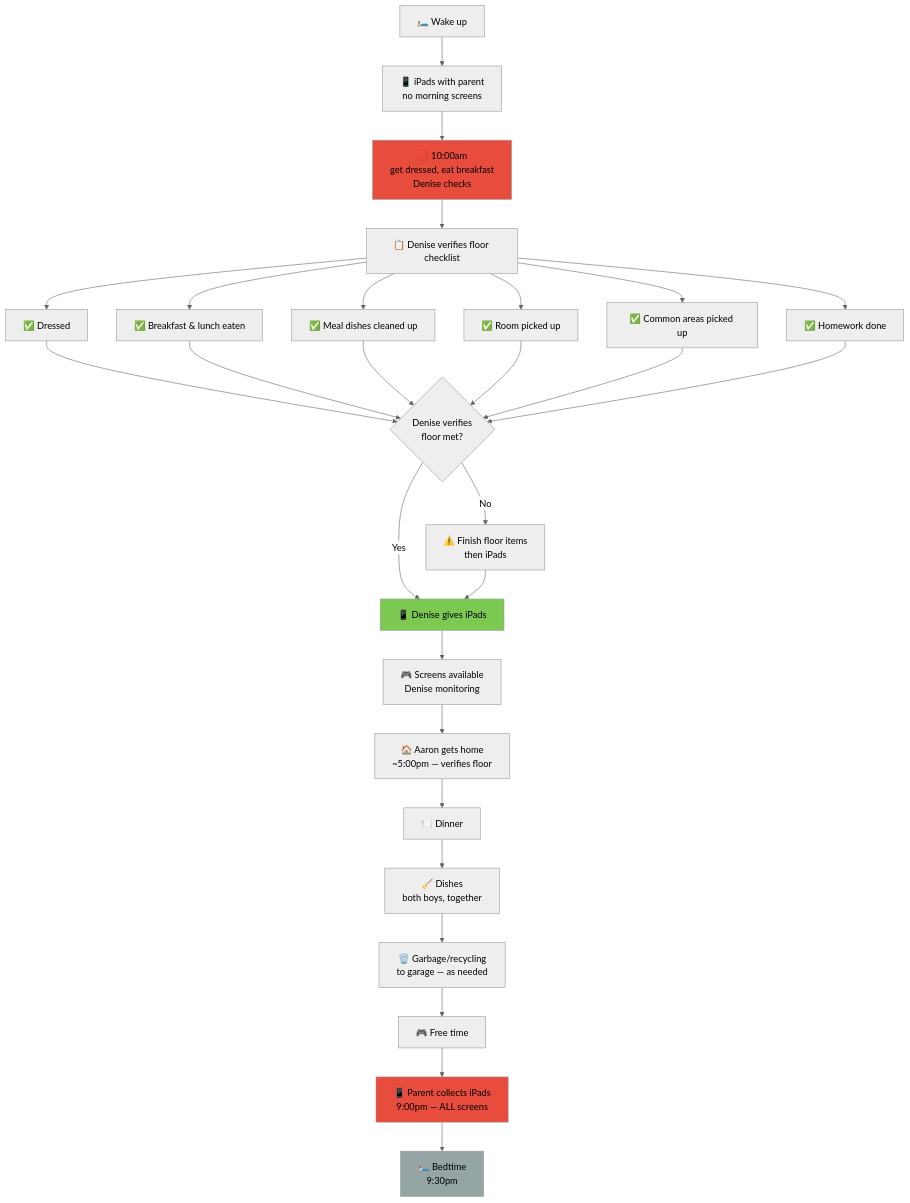
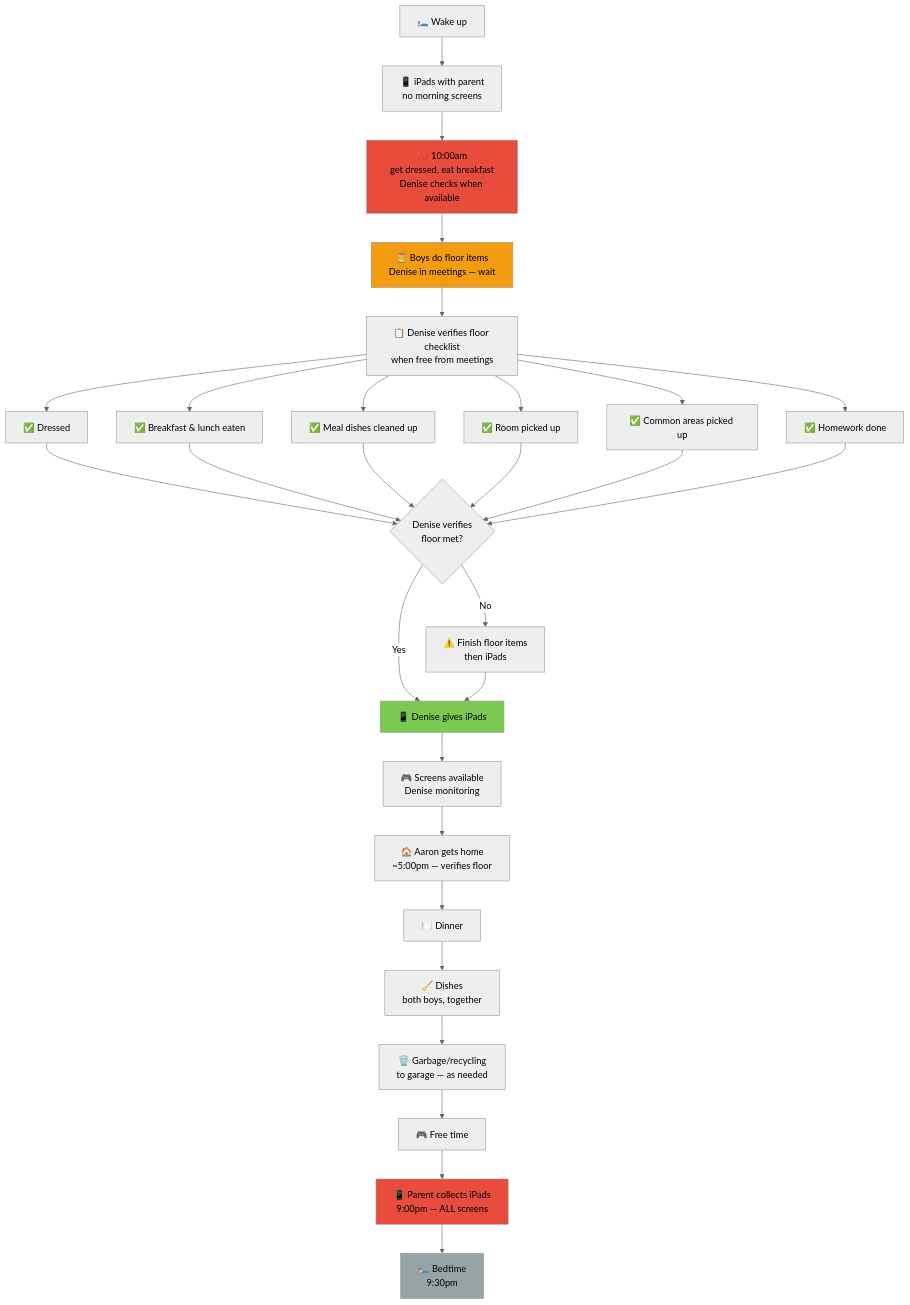
One commit to ajass/technology-reset changed the first of 2 diagrams in day-types/05-weekday-off.md. Above: the diagram before and after it, drawn with Mermaid (neutral theme). The commit also changed other lines of this file and 4 other files, not shown here.

First line of the commit message:
Phase 1 floor check happens when parent is available, not on demand

````diff
--- a/day-types/05-weekday-off.md
+++ b/day-types/05-weekday-off.md
@@ -17,34 +17,36 @@
 ```mermaid
 flowchart TD
     A["🛏️ Wake up"] --> IP["📱 iPads with parent<br/>no morning screens"]
-    IP --> C["🚫 10:00am<br/>get dressed, eat breakfast<br/>Denise checks"]
-    C --> D["📋 Denise verifies floor checklist"]
+    IP --> C["🚫 10:00am<br/>get dressed, eat breakfast<br/>Denise checks when available"]
+    C --> W["⏳ Boys do floor items<br/>Denise in meetings — wait"]
+    W --> D["📋 Denise verifies floor checklist<br/>when free from meetings"]
     D --> D1["✅ Dressed"]
     D --> D2["✅ Breakfast & lunch eaten"]
     D --> D3["✅ Meal dishes cleaned up"]
     D --> D4["✅ Room picked up"]
     D --> D5["✅ Common areas picked up"]
     D --> D6["✅ Homework done"]
     D1 --> E{"Denise verifies<br/>floor met?"}
     D2 --> E
     D3 --> E
     D4 --> E
     D5 --> E
     D6 --> E
     E -->|Yes| DG["📱 Denise gives iPads"]
     E -->|No| G["⚠️ Finish floor items<br/>then iPads"]
     G --> DG
     DG --> F["🎮 Screens available<br/>Denise monitoring"]
     F --> I["🏠 Aaron gets home<br/>~5:00pm — verifies floor"]
     I --> J["🍽️ Dinner"]
     J --> K["🧹 Dishes<br/>both boys, together"]
     K --> L["🗑️ Garbage/recycling<br/>to garage — as needed"]
     L --> M["🎮 Free time"]
     M --> N["📱 Parent collects iPads<br/>9:00pm — ALL screens"]
     N --> O["🛏️ Bedtime<br/>9:30pm"]
 
     style C fill:#e74c3c
+    style W fill:#f39c12
     style DG fill:#7bc950
     style N fill:#e74c3c
     style O fill:#95a5a6
 ```
````
